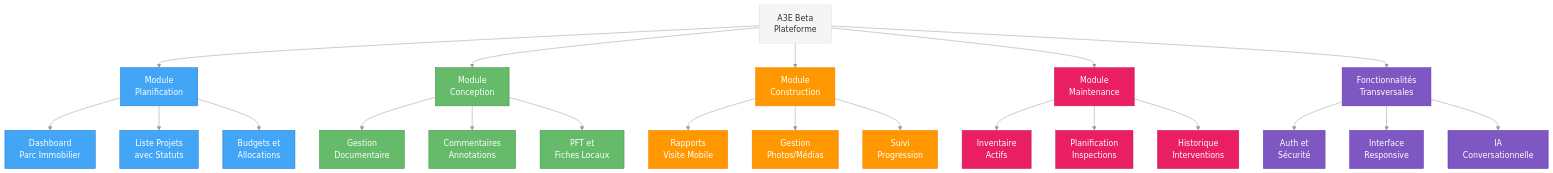
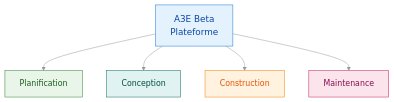
The first of 5 diagrams in project/3_product_strategy/PRODUCT_STRATEGY.md (MacroMan5/project_a3e_beta), drawn with Mermaid before and after one commit. The commit also changed other lines of this file and 16 other files, not shown here.

````diff
--- a/project/3_product_strategy/PRODUCT_STRATEGY.md
+++ b/project/3_product_strategy/PRODUCT_STRATEGY.md
@@ -86,41 +86,20 @@
 ```mermaid
-%%{init: {'theme': 'base', 'themeVariables': { 'primaryColor': '#f5f5f5', 'lineColor': '#999'}}}%%
+%%{init: {'theme': 'base', 'themeVariables': { 'primaryColor': '#f5f5f5', 'lineColor': '#999', 'fontFamily': 'Roboto, sans-serif'}}}%%
 graph TD
-    classDef plan fill:#42A5F5,stroke:#1976D2,color:white
-    classDef concept fill:#66BB6A,stroke:#388E3C,color:white
-    classDef construct fill:#FF9800,stroke:#F57C00,color:white
-    classDef maintain fill:#E91E63,stroke:#C2185B,color:white
-    classDef transverse fill:#7E57C2,stroke:#5E35B1,color:white
-
-    App[A3E Beta<br/>Plateforme] --> PLN[Module<br/>Planification]
-    App --> CON[Module<br/>Conception]
-    App --> CONS[Module<br/>Construction]
-    App --> MAINT[Module<br/>Maintenance]
-    App --> TRANS[Fonctionnalités<br/>Transversales]
+    A3E[A3E Beta<br/>Plateforme] --> PLN[Planification]
+    A3E --> CON[Conception]
+    A3E --> CONS[Construction]
+    A3E --> MAINT[Maintenance]
     
-    PLN --> PLN1[Dashboard<br/>Parc Immobilier]
-    PLN --> PLN2[Liste Projets<br/>avec Statuts]
-    PLN --> PLN3[Budgets et<br/>Allocations]
+    classDef plan fill:#E8F5E8,stroke:#2E7D32,color:#1B5E20,font-size:16px
+    classDef concept fill:#E0F2F1,stroke:#00695C,color:#004D40,font-size:16px
+    classDef construct fill:#FFF3E0,stroke:#F57C00,color:#E65100,font-size:16px
+    classDef maintain fill:#FCE4EC,stroke:#C2185B,color:#880E4F,font-size:16px
+    classDef platform fill:#E3F2FD,stroke:#1976D2,color:#0D47A1,font-size:18px
     
-    CON --> CON1[Gestion<br/>Documentaire]
-    CON --> CON2[Commentaires<br/>Annotations]
-    CON --> CON3[PFT et<br/>Fiches Locaux]
-    
-    CONS --> CONS1[Rapports<br/>Visite Mobile]
-    CONS --> CONS2[Gestion<br/>Photos/Médias]
-    CONS --> CONS3[Suivi<br/>Progression]
-    
-    MAINT --> MAINT1[Inventaire<br/>Actifs]
-    MAINT --> MAINT2[Planification<br/>Inspections]
-    MAINT --> MAINT3[Historique<br/>Interventions]
-    
-    TRANS --> TRANS1[Auth et<br/>Sécurité]
-    TRANS --> TRANS2[Interface<br/>Responsive]
-    TRANS --> TRANS3[IA<br/>Conversationnelle]
-    
-    class PLN,PLN1,PLN2,PLN3 plan
-    class CON,CON1,CON2,CON3 concept
-    class CONS,CONS1,CONS2,CONS3 construct
-    class MAINT,MAINT1,MAINT2,MAINT3 maintain
-    class TRANS,TRANS1,TRANS2,TRANS3 transverse
+    class A3E platform
+    class PLN plan
+    class CON concept
+    class CONS construct
+    class MAINT maintain
 ```
````
